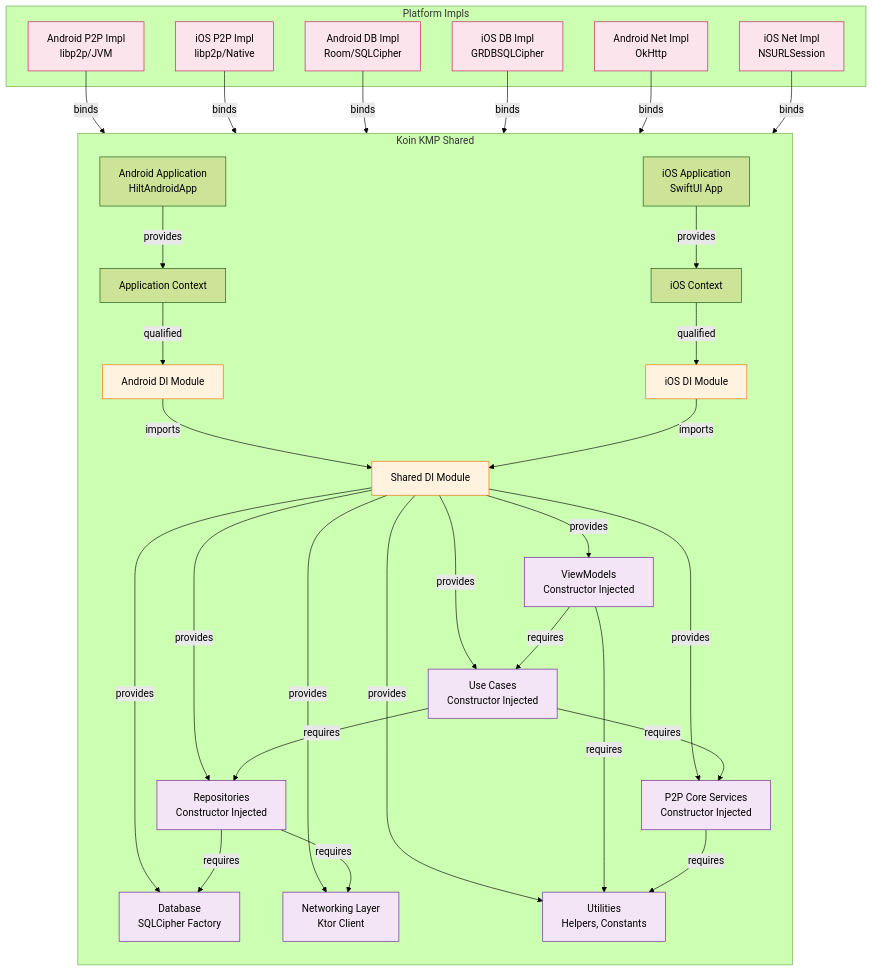
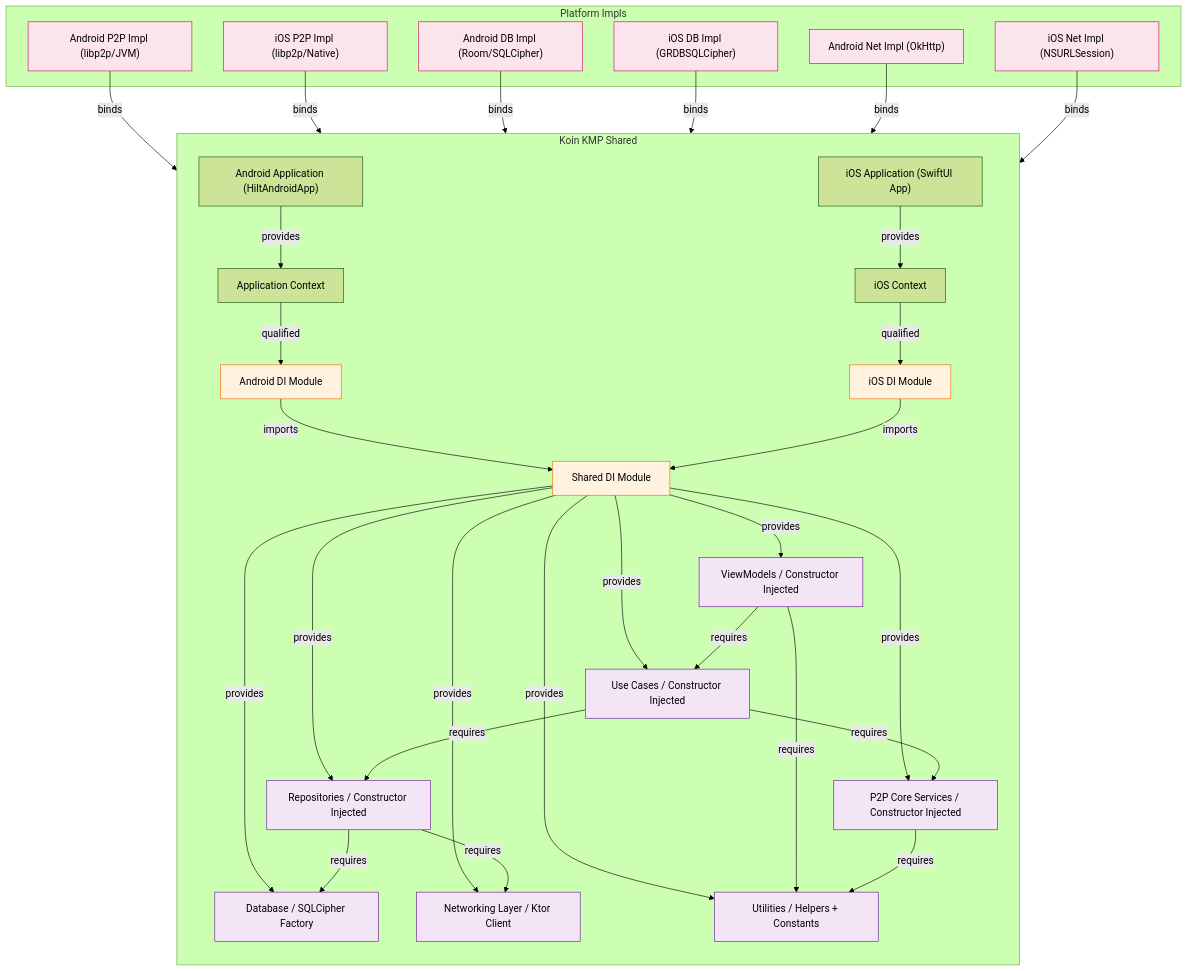
One commit to neothesdony/NEO-P2P changed the fourth of 6 diagrams in ARCHITECTURE_DIAGRAMS.md. Above: the diagram before and after it, drawn with Mermaid (forest theme). The commit also changed other lines of this file, not shown here.

Commit message:
Fix Mermaid diagram parse errors — replace <br/> with quoted inline labels

````diff
--- a/ARCHITECTURE_DIAGRAMS.md
+++ b/ARCHITECTURE_DIAGRAMS.md
@@ -159,57 +159,57 @@
 ```mermaid
 graph TD
     %% DI Root
     subgraph DI Container [Koin KMP Shared]
         direction TB
         %% Android Specific
-        AndroidApp[Android Application<br/>HiltAndroidApp] -->|provides| AndroidCtx[Application Context]
+        AndroidApp["Android Application (HiltAndroidApp)"] -->|provides| AndroidCtx[Application Context]
         AndroidCtx -->|qualified| AndroidDI[Android DI Module]
         
         %% iOS Specific  
-        IOSApp[iOS Application<br/>SwiftUI App] -->|provides| IOSCtx[iOS Context]
+        IOSApp["iOS Application (SwiftUI App)"] -->|provides| IOSCtx[iOS Context]
         IOSCtx -->|qualified| IOSDI[iOS DI Module]
         
         %% Shared Modules
         AndroidDI -->|imports| SharedDI[Shared DI Module]
         IOSDI -->|imports| SharedDI
         
         %% Shared Dependencies
-        SharedDI -->|provides| ViewModels[ViewModels<br/>Constructor Injected]
-        SharedDI -->|provides| UseCases[Use Cases<br/>Constructor Injected]
-        SharedDI -->|provides| Repos[Repositories<br/>Constructor Injected]
-        SharedDI -->|provides| P2PCore[P2P Core Services<br/>Constructor Injected]
-        SharedDI -->|provides| LocalDB[Database<br/>SQLCipher Factory]
-        SharedDI -->|provides| Networking[Networking Layer<br/>Ktor Client]
-        SharedDI -->|provides| Utils[Utilities<br/>Helpers, Constants]
+        SharedDI -->|provides| ViewModels[ViewModels / Constructor Injected]
+        SharedDI -->|provides| UseCases[Use Cases / Constructor Injected]
+        SharedDI -->|provides| Repos[Repositories / Constructor Injected]
+        SharedDI -->|provides| P2PCore[P2P Core Services / Constructor Injected]
+        SharedDI -->|provides| LocalDB[Database / SQLCipher Factory]
+        SharedDI -->|provides| Networking[Networking Layer / Ktor Client]
+        SharedDI -->|provides| Utils[Utilities / Helpers + Constants]
     end
     
     %% Constructor Injection Flow
     ViewModels -->|requires| UseCases
     ViewModels -->|requires| Utils
     UseCases -->|requires| Repos
     UseCases -->|requires| P2PCore
     Repos -->|requires| LocalDB
     Repos -->|requires| Networking
     P2PCore -->|requires| Utils
     
     %% Platform-Specific Implementations
     subgraph Platform Impls
-        AndroidP2P[Android P2P Impl<br/>libp2p/JVM] -->|binds| P2PCore
-        IOSP2P[iOS P2P Impl<br/>libp2p/Native] -->|binds| P2PCore
-        AndroidDB[Android DB Impl<br/>Room/SQLCipher] -->|binds| LocalDB
-        IOSDB[iOS DB Impl<br/>GRDBSQLCipher] -->|binds| LocalDB
-        AndroidNet[Android Net Impl<br/>OkHttp] -->|binds| Networking
-        IOSNet[iOS Net Impl<br/>NSURLSession] -->|binds| Networking
+        AndroidP2P["Android P2P Impl (libp2p/JVM)"] -->|binds| P2PCore
+        IOSP2P["iOS P2P Impl (libp2p/Native)"] -->|binds| P2PCore
+        AndroidDB["Android DB Impl (Room/SQLCipher)"] -->|binds| LocalDB
+        IOSDB["iOS DB Impl (GRDBSQLCipher)"] -->|binds| LocalDB
+        AndroidNet["Android Net Impl (OkHttp)"] -->|binds| Networking
+        IOSNet["iOS Net Impl (NSURLSession)"] -->|binds| Networking
     end
     
     %% Styling
     classDef container fill:#E3F2FD,stroke:#1565C0,stroke-width:2px;
     classDef module fill:#FFF3E0,stroke:#EF6C00,stroke-width:1px;
     classDef impl fill:#FCE4EC,stroke:#C2185B,stroke-width:1px;
     classDef shared fill:#F3E5F5,stroke:#6A1B9A,stroke-width:1px;
     
     class DIContainer container;
     class AndroidDI,IOSDI,SharedDI module;
     class AndroidP2P,IOSP2P,AndroidDB,IOSDB,AndroidNet,IOSNet impl;
     class ViewModels,UseCases,Repos,P2PCore,LocalDB,Networking,Utils shared;
 ```
````
